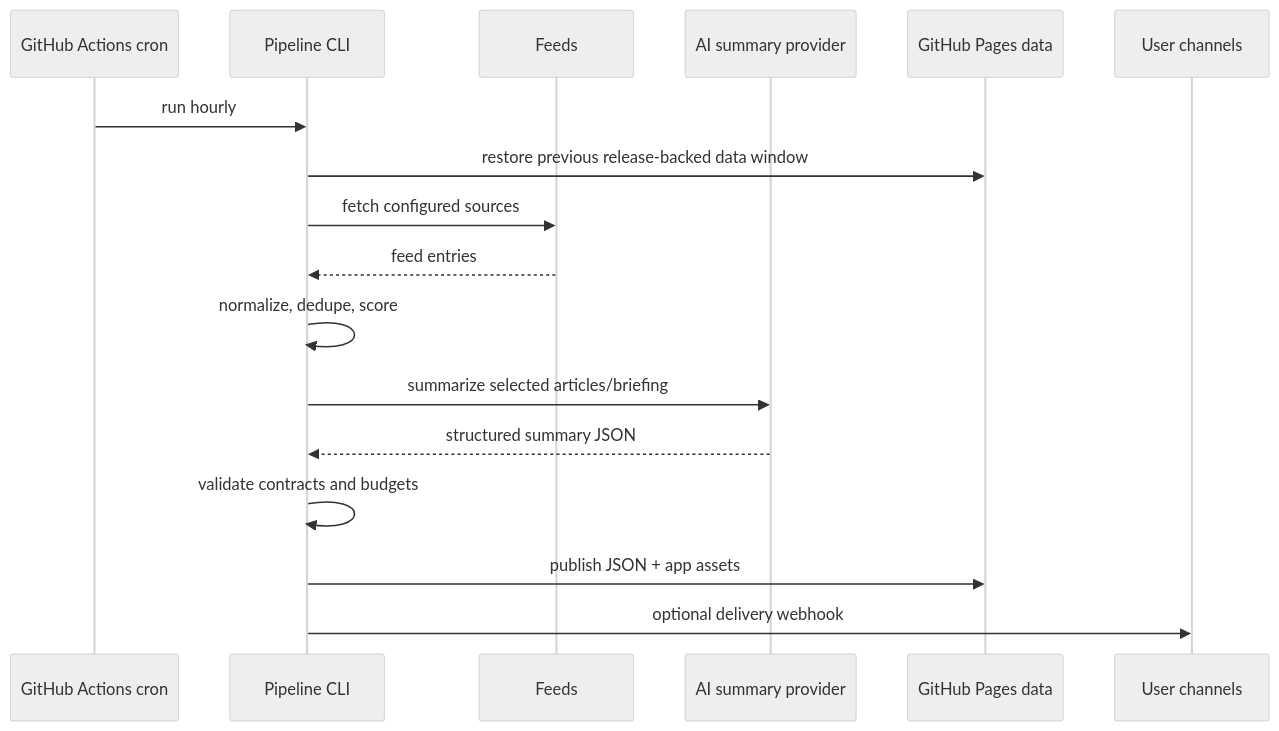
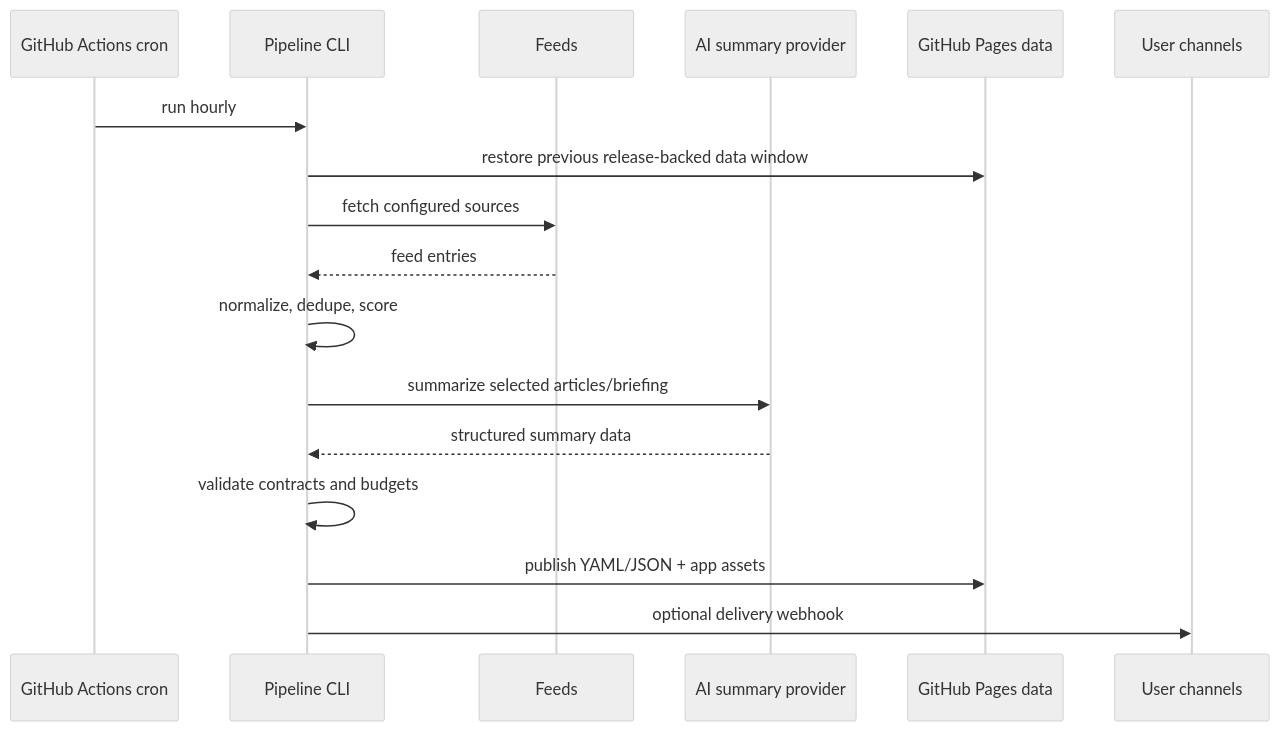
One commit to DevSecNinja/wazzup changed the second of 2 diagrams in docs/architecture.md. Above: the diagram before and after it, drawn with Mermaid (neutral theme). The commit also changed other lines of this file and 16 other files, not shown here.

````diff
--- a/docs/architecture.md
+++ b/docs/architecture.md
@@ -46,20 +46,20 @@
 ```mermaid
 sequenceDiagram
     participant Cron as GitHub Actions cron
     participant CLI as Pipeline CLI
     participant Feeds as Feeds
     participant AI as AI summary provider
     participant Pages as GitHub Pages data
     participant User as User channels
 
     Cron->>CLI: run hourly
     CLI->>Pages: restore previous release-backed data window
     CLI->>Feeds: fetch configured sources
     Feeds-->>CLI: feed entries
     CLI->>CLI: normalize, dedupe, score
     CLI->>AI: summarize selected articles/briefing
-    AI-->>CLI: structured summary JSON
+    AI-->>CLI: structured summary data
     CLI->>CLI: validate contracts and budgets
-    CLI->>Pages: publish JSON + app assets
+    CLI->>Pages: publish YAML/JSON + app assets
     CLI->>User: optional delivery webhook
 ```
````
